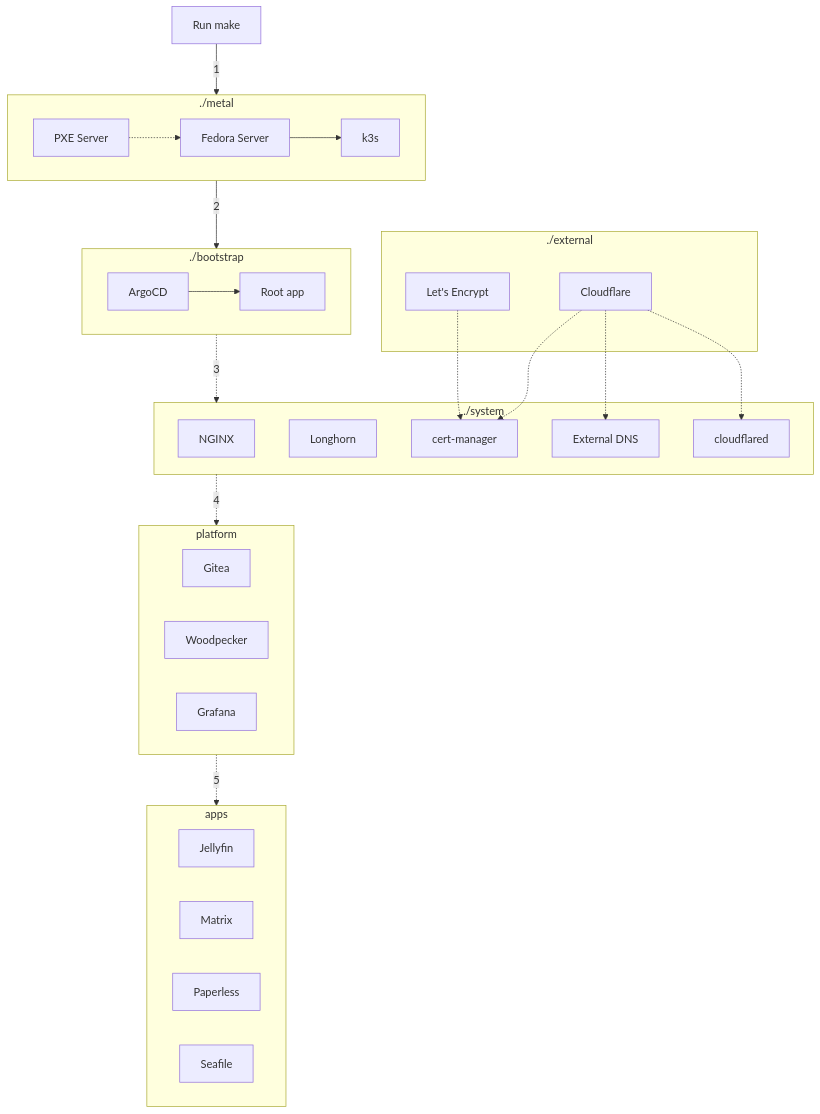
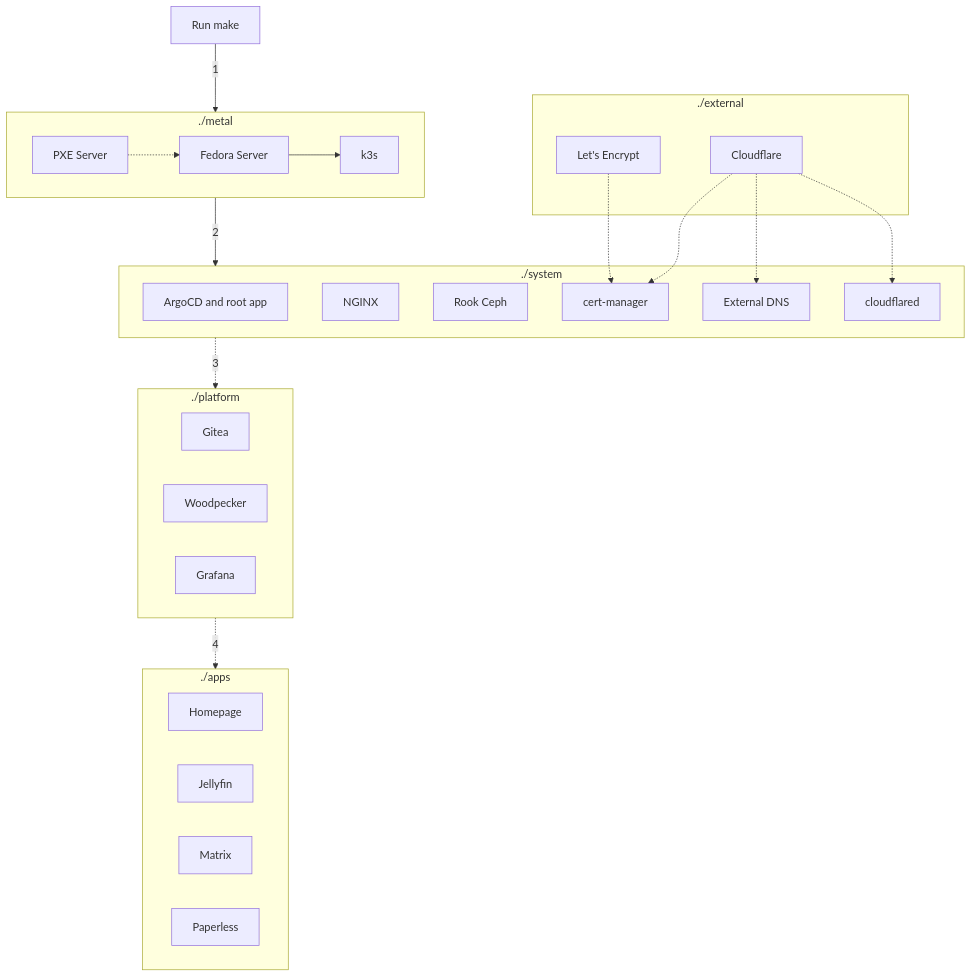
Before and after one commit to romelBen/melo-homelab: the diagram in docs/reference/architecture/overview.md, drawn with Mermaid. The commit also changed other lines of this file and 132 other files, not shown here.

````diff
--- a/docs/reference/architecture/overview.md
+++ b/docs/reference/architecture/overview.md
@@ -54,43 +47,40 @@
 ```mermaid
 flowchart TD
   subgraph metal[./metal]
     pxe[PXE Server] -.-> linux[Fedora Server] --> k3s
   end
 
-  subgraph bootstrap[./bootstrap]
-    argocd[ArgoCD] --> rootapp[Root app]
-  end
-
   subgraph system[./system]
+    argocd[ArgoCD and root app]
     nginx[NGINX]
-    longhorn[Longhorn]
+    rook-ceph[Rook Ceph]
     cert-manager
     external-dns[External DNS]
     cloudflared
   end
 
   subgraph external[./external]
     letsencrypt[Let's Encrypt]
     cloudflare[Cloudflare]
   end
 
   letsencrypt -.-> cert-manager
   cloudflare -.-> cert-manager
   cloudflare -.-> external-dns
   cloudflare -.-> cloudflared
 
-  subgraph platform
+  subgraph platform[./platform]
     Gitea
     Woodpecker
     Grafana
   end
 
-  subgraph apps
+  subgraph apps[./apps]
+    homepage[Homepage]
     jellyfin[Jellyfin]
     matrix[Matrix]
     paperless[Paperless]
-    seafile[Seafile]
   end
 
-  make[Run make] -- 1 --> metal -- 2 --> bootstrap -. 3 .-> system -. 4 .-> platform -. 5 .-> apps
+  make[Run make] -- 1 --> metal -- 2 --> system -. 3 .-> platform -. 4 .-> apps
 ```
````
